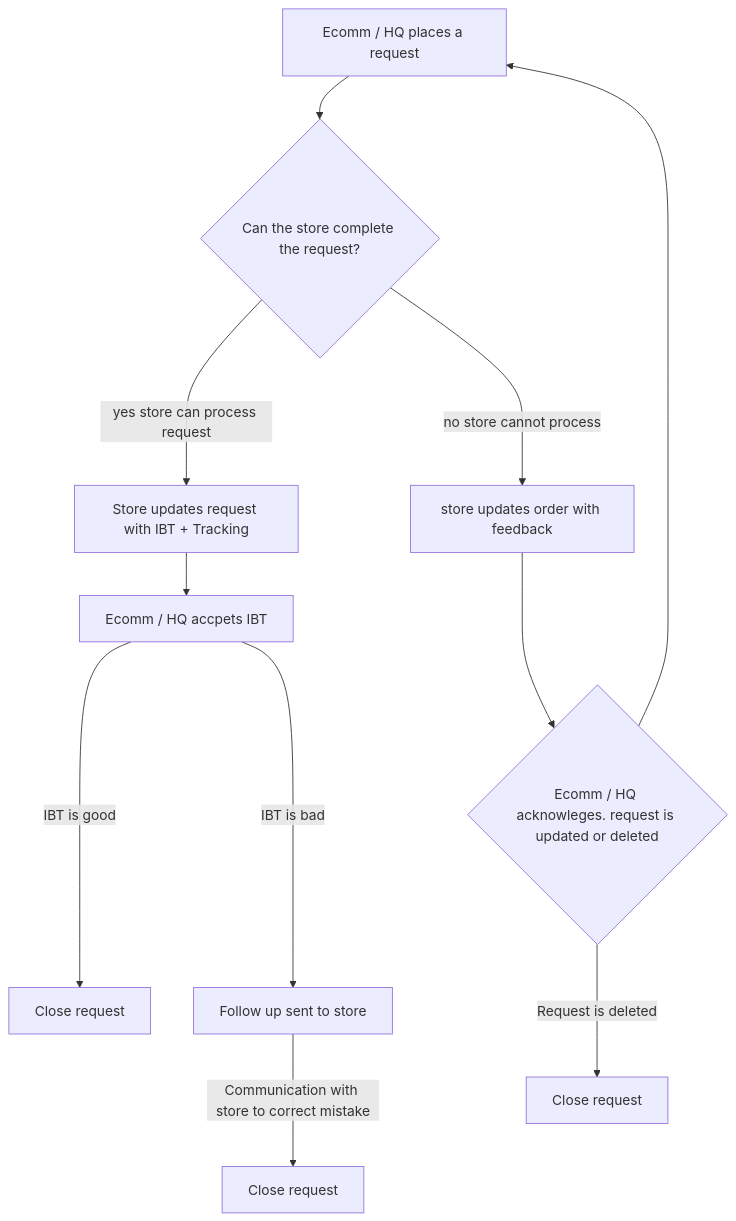
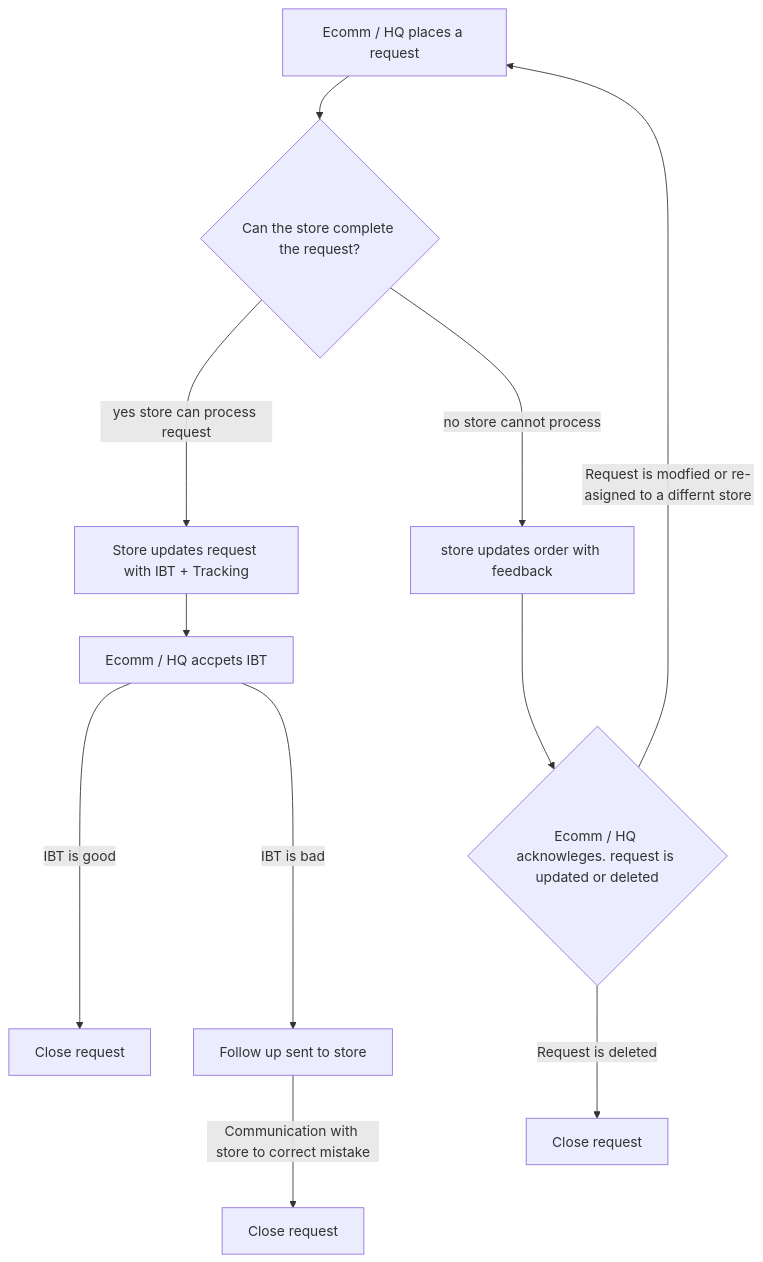
The diagram in README.md (CapSap/paddy-mern-4), drawn with Mermaid before and after one commit.

````diff
--- a/README.md
+++ b/README.md
@@ -19,13 +19,13 @@
 ```mermaid
   graph TD;
       A[Ecomm / HQ places a request] --> B{Can the store complete the request?}
       B--yes store can process request---> C[Store updates request with IBT + Tracking]
       B--no store cannot process--->D[store updates order with feedback]
       D--->E{Ecomm / HQ acknowleges. request is updated or deleted}
-      E-->A
+      E--Request is modfied or re-asigned to a differnt store--->A
       E--Request is deleted--->I[Close request]
       C-->F[Ecomm / HQ  accpets IBT]
       F --IBT is good---> G[Close request]
       F --IBT is bad ---> H[Follow up sent to store]
       H --Communication with store to correct mistake ---> J[Close request]
 ```
````
